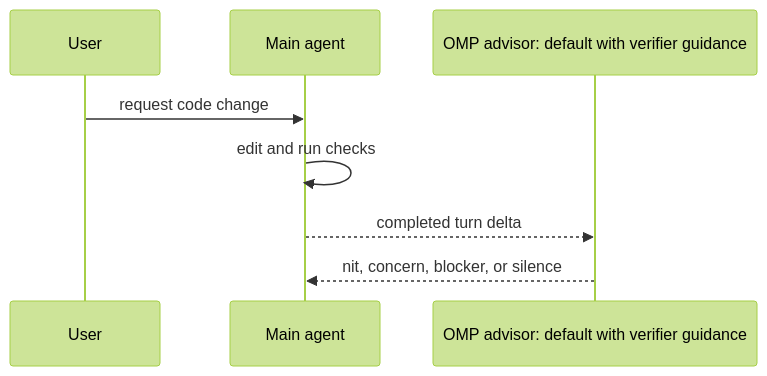
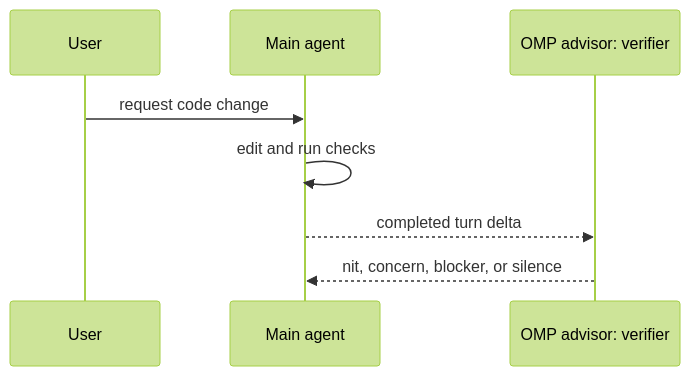
One commit to klondikemarlen/omp-verifier changed the diagram in CONCEPTS.md. Above: the diagram before and after it, drawn with Mermaid (forest theme). The commit also changed other lines of this file and 2 other files, not shown here.

Commit message:
:memo: Document focused verifier scope.

````diff
--- a/CONCEPTS.md
+++ b/CONCEPTS.md
@@ -20,11 +20,11 @@
 ```mermaid
 sequenceDiagram
   participant User
   participant Main as Main agent
-  participant Advisor as OMP advisor: default with verifier guidance
+  participant Advisor as OMP advisor: verifier
 
   User->>Main: request code change
   Main->>Main: edit and run checks
   Main-->>Advisor: completed turn delta
   Advisor-->>Main: nit, concern, blocker, or silence
 ```
````
